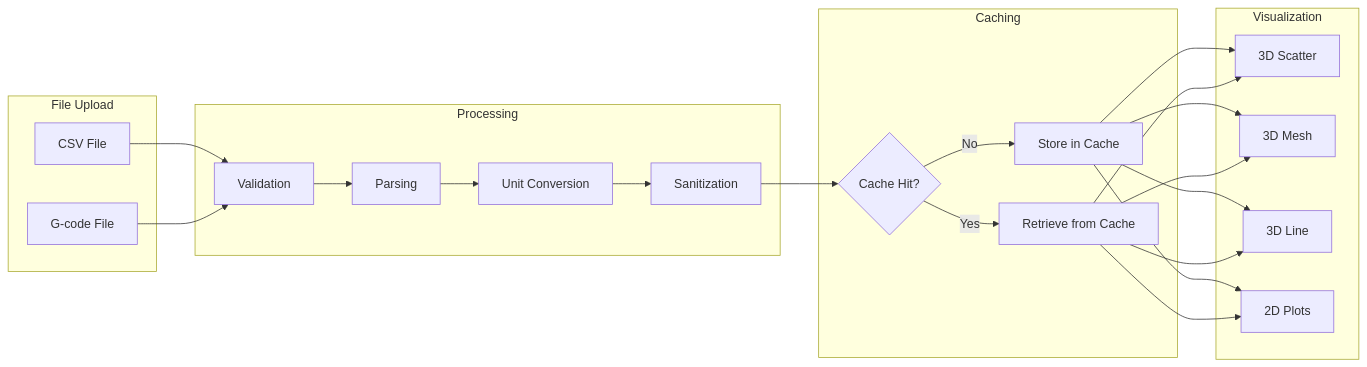
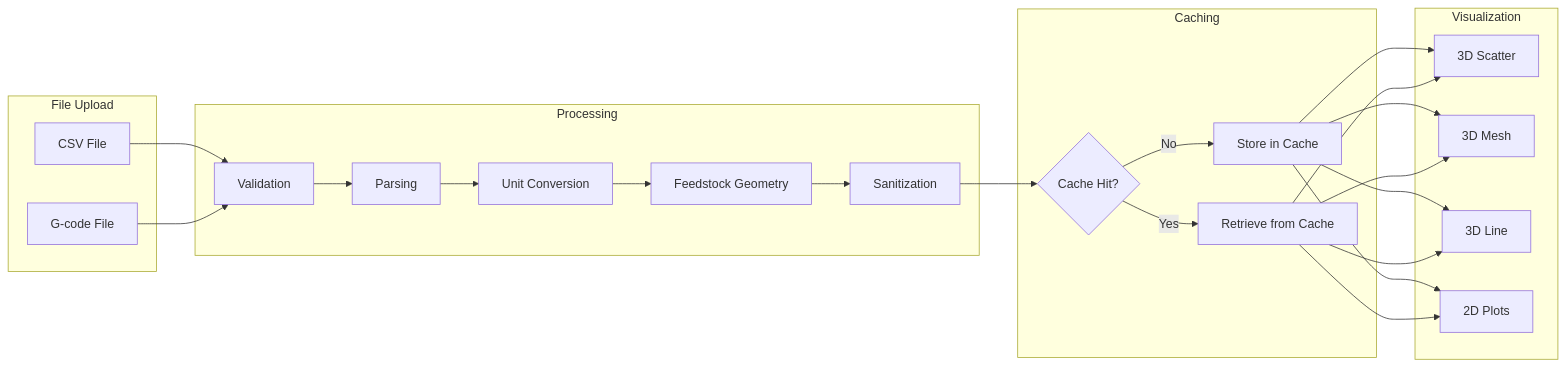
Before and after one commit to gregspruce/MELD_Visualizer: the second of 11 diagrams in docs/architecture/architecture.md, drawn with Mermaid. The commit also changed other lines of this file and 15 other files, not shown here.

````diff
--- a/docs/architecture/architecture.md
+++ b/docs/architecture/architecture.md
@@ -66,47 +66,49 @@
 ```mermaid
 flowchart LR
     subgraph "File Upload"
         CSV[CSV File]
         GCode[G-code File]
     end
     
     subgraph "Processing"
         Val[Validation]
         Parse[Parsing]
         Conv[Unit Conversion]
+        FeedGeom[Feedstock Geometry]
         San[Sanitization]
     end
     
     subgraph "Caching"
         CacheCheck{Cache Hit?}
         Store[Store in Cache]
         Retrieve[Retrieve from Cache]
     end
     
     subgraph "Visualization"
         Scatter[3D Scatter]
         Mesh[3D Mesh]
         Line[3D Line]
         Plot2D[2D Plots]
     end
     
     CSV --> Val
     GCode --> Val
     Val --> Parse
     Parse --> Conv
-    Conv --> San
+    Conv --> FeedGeom
+    FeedGeom --> San
     San --> CacheCheck
     
     CacheCheck -->|No| Store
     CacheCheck -->|Yes| Retrieve
     
     Store --> Scatter
     Store --> Mesh
     Store --> Line
     Store --> Plot2D
     
     Retrieve --> Scatter
     Retrieve --> Mesh
     Retrieve --> Line
     Retrieve --> Plot2D
 ```
````
